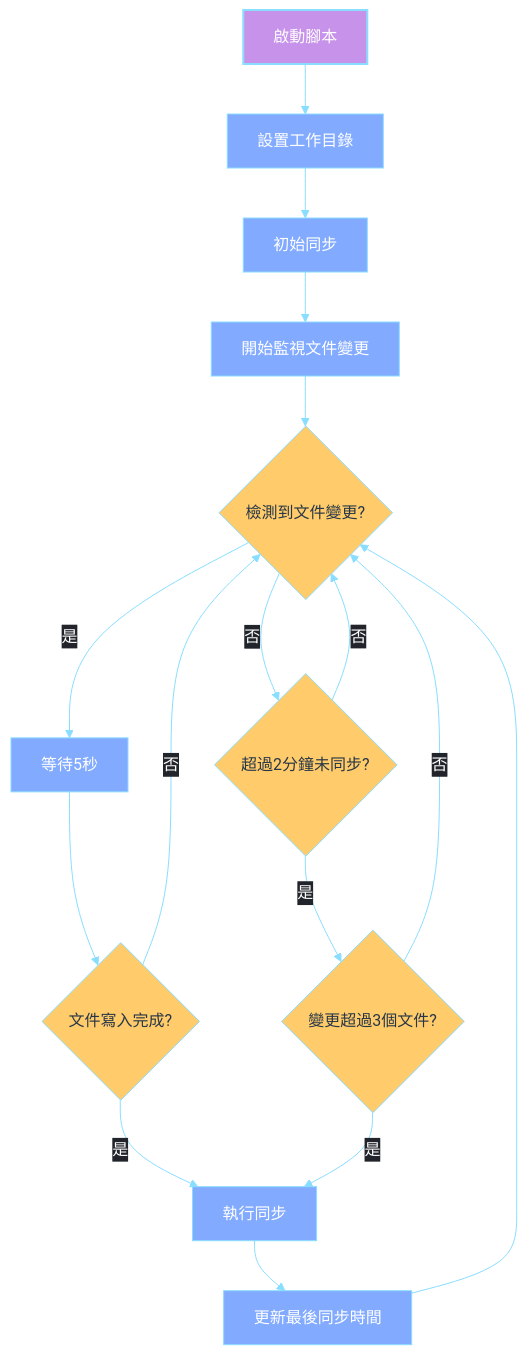
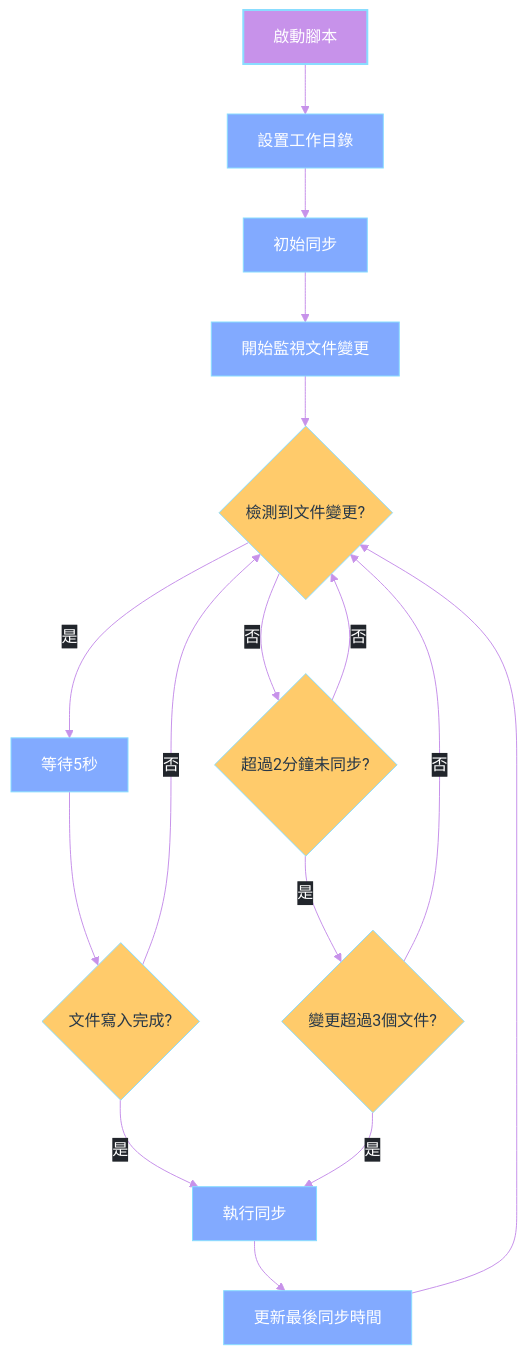
The second of 2 diagrams in Logseq同步方案演進記錄.md (GengGeng026/Sync-Logseq), drawn with Mermaid before and after one commit. The commit also changed other lines of this file, not shown here.

Commit message:
Auto-sync: Wed Mar 26 08:25:14 +08 2025

````diff
--- a/Logseq同步方案演進記錄.md
+++ b/Logseq同步方案演進記錄.md
@@ -371,52 +371,52 @@
 ```mermaid
 %%{init: {
   'theme': 'base', 
   'themeVariables': {
-    'primaryColor': '#82AAFF',
+    'primaryColor': '#59B79A',
     'primaryTextColor': '#FFFFFF',
-    'primaryBorderColor': '#82AAFF',
-    'lineColor': '#89DDFF',
-    'secondaryColor': '#C792EA',
+    'primaryBorderColor': '#59B79A',
+    'lineColor': '#C792EA',
+    'secondaryColor': '#FFCB6B',
     'tertiaryColor': '#F07178',
     'background': 'transparent',
     'textColor': '#EEFFFF',
     'mainBkg': '#273747',
-    'nodeBorder': '#89DDFF',
+    'nodeBorder': '#59B79A',
     'clusterBkg': 'transparent',
     'edgeLabelBackground': '#21252B'
   },
   'flowchart': {
     'curve': 'basis',
     'nodeSpacing': 50,
     'rankSpacing': 50,
     'padding': 15
   }
 }}%%
 flowchart TD
     %% 節點樣式優化
     classDef start fill:#C792EA,stroke:#89DDFF,color:#FFFFFF,stroke-width:2px;
     classDef process fill:#82AAFF,stroke:#89DDFF,color:#FFFFFF,stroke-width:1px;
     classDef condition fill:#FFCB6B,stroke:#89DDFF,color:#273747,stroke-width:1px,shape:diamond;
     classDef action fill:#F07178,stroke:#89DDFF,color:#FFFFFF,stroke-width:1px;
     
     A[啟動腳本] --> B[設置工作目錄]
     B --> C[初始同步]
     C --> D[開始監視文件變更]
     D --> E{檢測到文件變更?}
     E -->|是| F[等待5秒]
     F --> G{文件寫入完成?}
     G -->|是| H[執行同步]
     G -->|否| E
     E -->|否| I{超過2分鐘未同步?}
     I -->|是| J{變更超過3個文件?}
     J -->|是| H
     J -->|否| E
     I -->|否| E
     H --> K[更新最後同步時間]
     K --> E
     
     %% 應用樣式
     class A start;
     class B,C,D,F,H,K process;
     class E,G,I,J condition;
 ```
````
